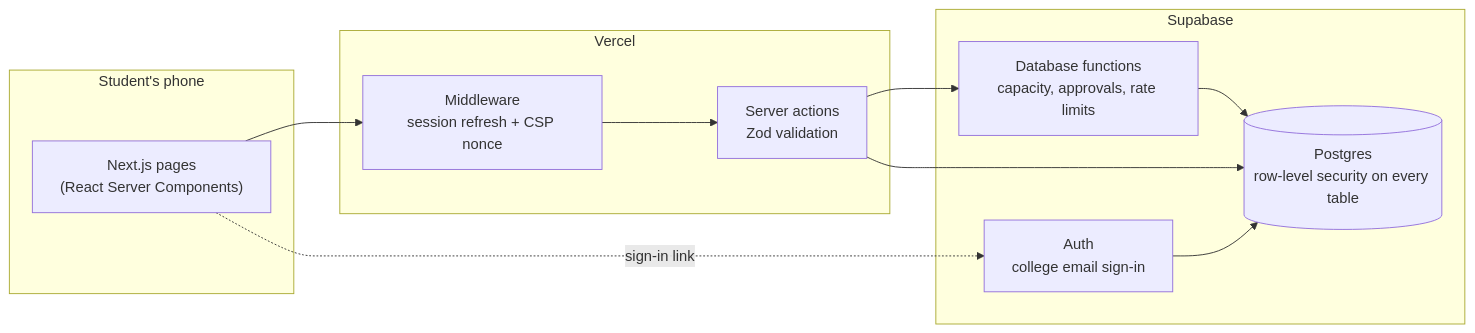
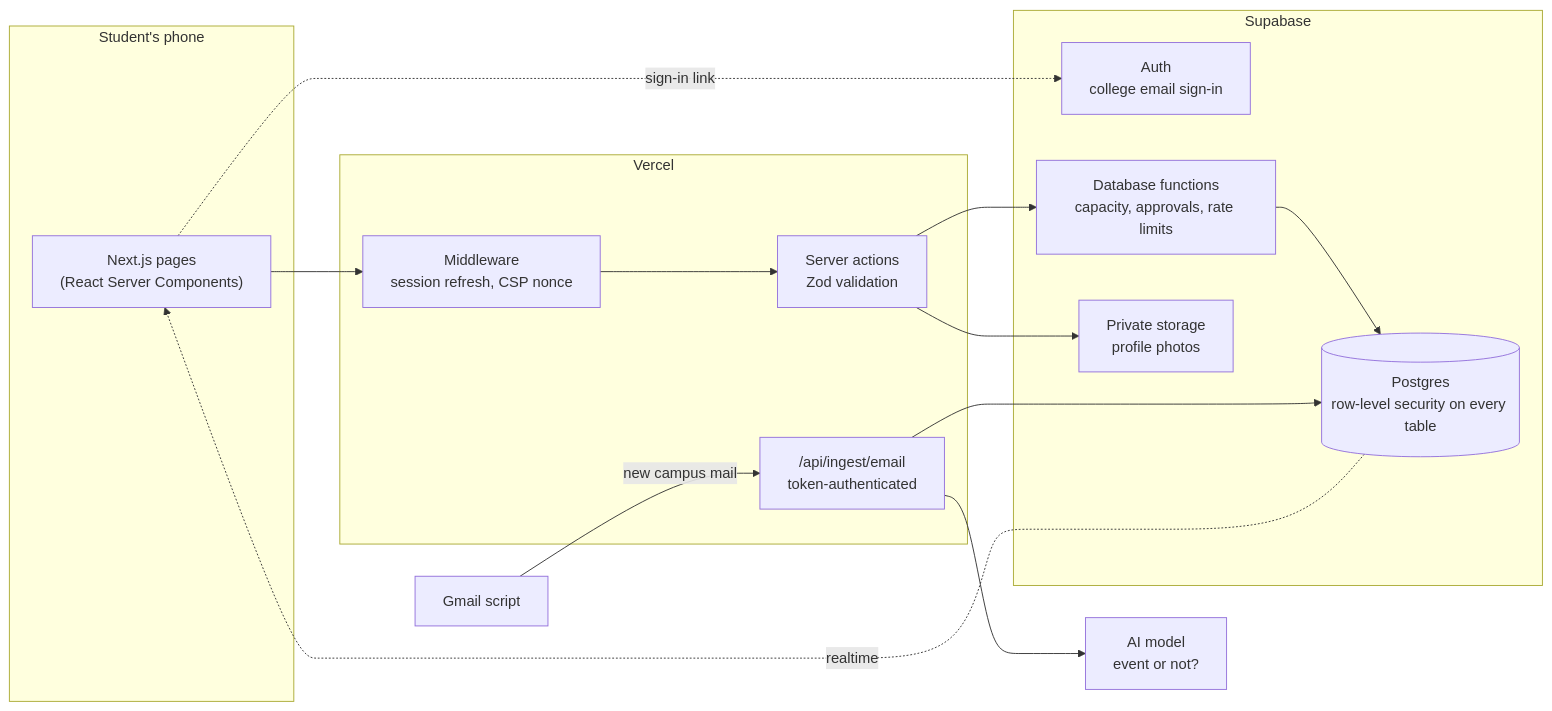
The diagram in README.md (Pritam-chavhan/knot), drawn with Mermaid before and after one commit. The commit also changed other lines of this file and 19 other files, not shown here.

````diff
--- a/README.md
+++ b/README.md
@@ -64,19 +74,25 @@
 ```mermaid
 flowchart LR
   subgraph Phone["Student's phone"]
     UI["Next.js pages<br/>(React Server Components)"]
   end
   subgraph Vercel
-    MW["Middleware<br/>session refresh + CSP nonce"]
+    MW["Middleware<br/>session refresh, CSP nonce"]
     SA["Server actions<br/>Zod validation"]
+    IN["/api/ingest/email<br/>token-authenticated"]
   end
   subgraph Supabase
     AUTH["Auth<br/>college email sign-in"]
     FN["Database functions<br/>capacity, approvals, rate limits"]
     DB[("Postgres<br/>row-level security on every table")]
+    ST["Private storage<br/>profile photos"]
   end
+  GM["Gmail script"] -->|new campus mail| IN
+  IN --> AI["AI model<br/>event or not?"]
   UI --> MW --> SA
   SA --> FN --> DB
-  SA --> DB
-  UI -. sign-in link .-> AUTH --> DB
+  SA --> ST
+  IN --> DB
+  UI -. sign-in link .-> AUTH
+  DB -. realtime .-> UI
 ```
````
